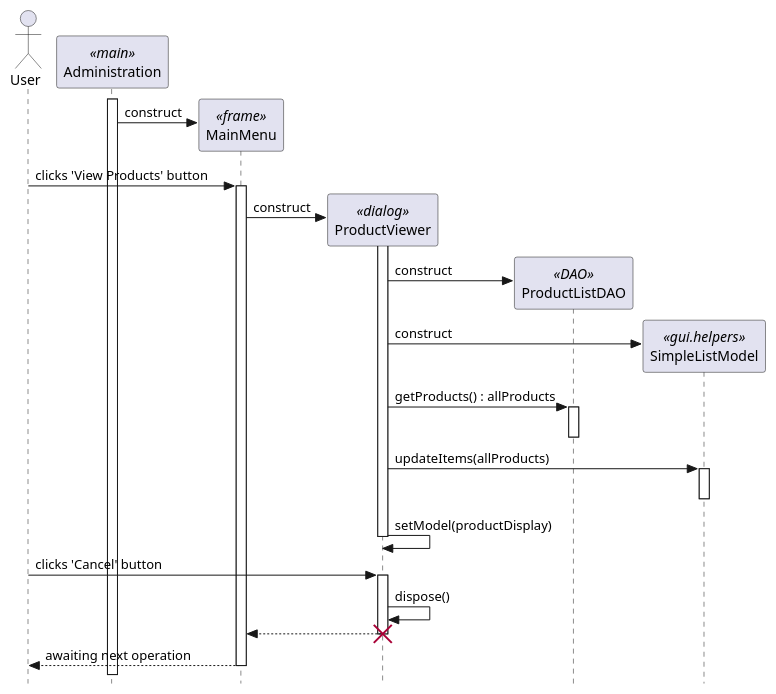
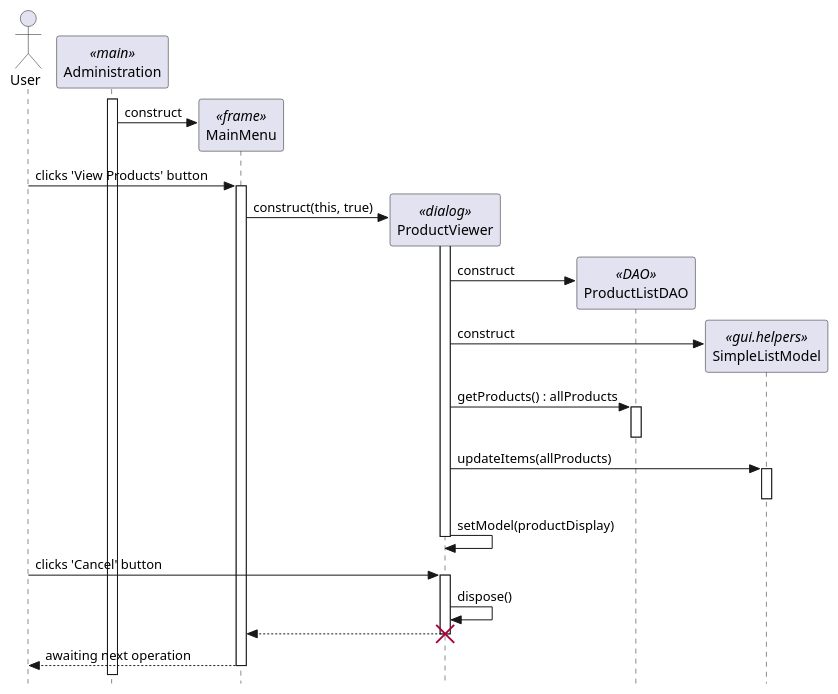
One commit to nikolahmcwin/shoppingSystem-info202 changed the diagram in viewAllProducts.puml. Above: the diagram before and after it, drawn with PlantUML. The commit also changed 3 other files, not shown here.

Commit message:
final changes to Sequence diagrams. Closes #6.

```diff
--- a/viewAllProducts.puml
+++ b/viewAllProducts.puml
@@ -1,62 +1,62 @@
 @startuml
 
 ' use strict UML mode
 skinparam style strictuml
 
 ' create actor user
 actor "User" as user
 
 ' create main adminstration 
 participant "Administration" as main <<main>>
 main++
 
 ' create main menu frame
 create "MainMenu" as menu <<frame>>
 main -> menu : construct
 
 user -> menu++ : clicks 'View Products' button
 
 ' create product viewer dialog
 create "ProductViewer" as viewer <<dialog>>
-menu -> viewer : construct
+menu -> viewer :  construct(this, true)
 
 viewer++
 
 ' create a DAO
 create "ProductListDAO" as dao <<DAO>>
 viewer -> dao : construct 
 
 ' create the simple model list
 create "SimpleListModel" as modellist <<gui.helpers>>
 viewer -> modellist : construct
 
 ' get the products from dao
 viewer -> dao++ : getProducts() : allProducts
 dao--
 
 ' put products in Simple List Model
 viewer -> modellist++ : updateItems(allProducts)
 modellist--
 
 ' update list to display products
 viewer -> viewer : setModel(productDisplay)
 
 'viewer -> dao++ : getCategories() : allCategories
 'dao--
 'viewer -> modellist++ : updateItems(allCategories)
 'modellist--
 'viewer -> viewer : setModel(productDisplay)
 
 viewer--
 
 ' dispose dialog
 user -> viewer++ : clicks 'Cancel' button
 viewer -> viewer : dispose()
 
 ' show control returning to menu as viewer closes
 viewer --> menu 
 destroy viewer
 
 menu --> user-- : awaiting next operation
 
 @enduml
```
